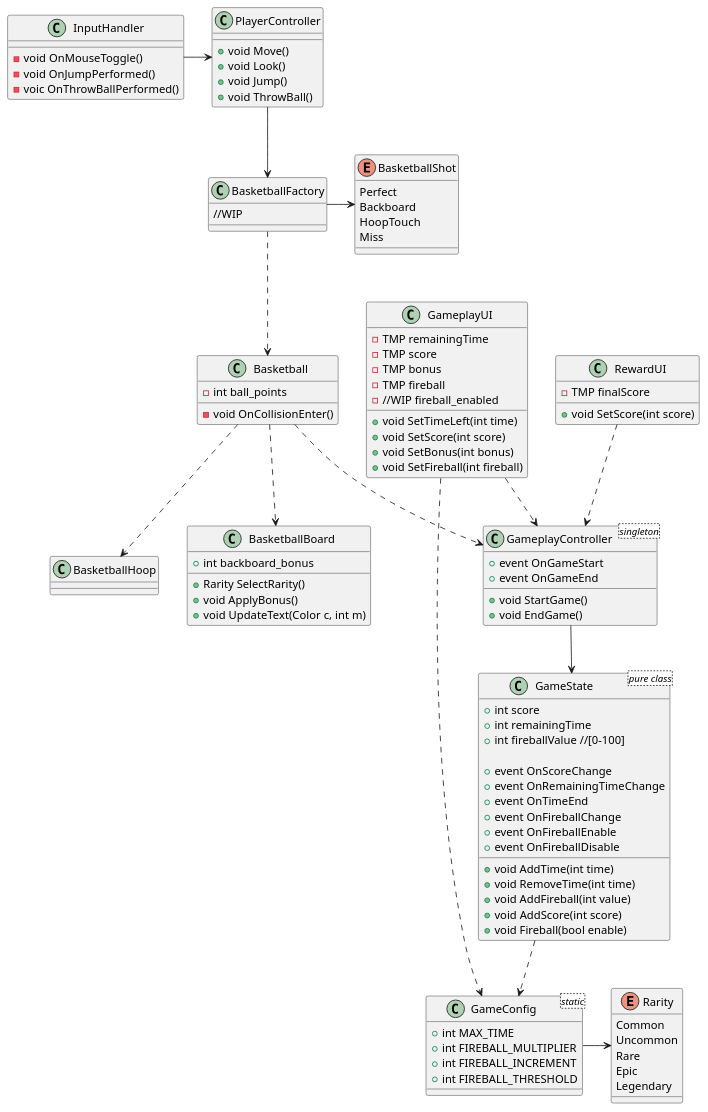
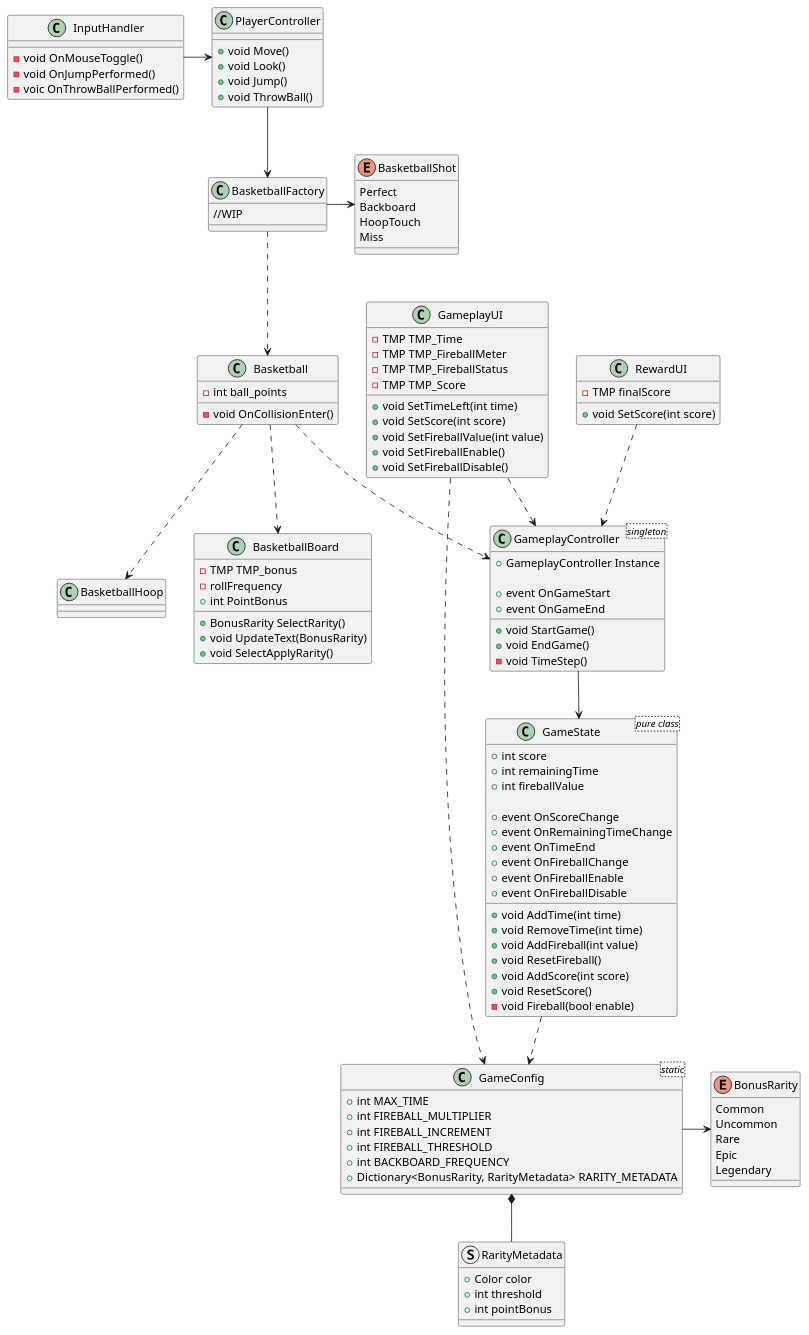
Before and after one commit to ItsAuro/grzegorz.mikulski.basket-challenge: the diagram in Docs/ApplicationDiagram.puml, drawn with PlantUML.

Commit message:
Updated UML accuracy of function names

```diff
--- a/Docs/ApplicationDiagram.puml
+++ b/Docs/ApplicationDiagram.puml
@@ -1,129 +1,145 @@
 'UTILITY AND CONFIG'
 class "GameConfig<static>" as GameConfig{
   + int MAX_TIME
   + int FIREBALL_MULTIPLIER
   + int FIREBALL_INCREMENT
   + int FIREBALL_THRESHOLD
+  + int BACKBOARD_FREQUENCY
+  + Dictionary<BonusRarity, RarityMetadata> RARITY_METADATA
 }
-enum Rarity{
+enum BonusRarity{
   Common
   Uncommon
   Rare
   Epic
   Legendary
 }
+struct RarityMetadata{
+  + Color color
+  + int threshold
+  + int pointBonus
+}
+
 enum BasketballShot{
   Perfect
   Backboard
   HoopTouch
   Miss
 }
 class "GameState<pure class>" as GameState{
   + int score
   + int remainingTime
-  + int fireballValue //[0-100]
+  + int fireballValue
   
   + event OnScoreChange
   + event OnRemainingTimeChange
   + event OnTimeEnd
   + event OnFireballChange
   + event OnFireballEnable
   + event OnFireballDisable
   
   + void AddTime(int time)
   + void RemoveTime(int time)
   + void AddFireball(int value)
+  + void ResetFireball()
   + void AddScore(int score)
-  + void Fireball(bool enable)
+  + void ResetScore()
+  - void Fireball(bool enable)
 }
 class "GameplayController<singleton>" as GameplayController{
-
+  + GameplayController Instance
+  
   + event OnGameStart
   + event OnGameEnd
 
   + void StartGame()
   + void EndGame()
+  - void TimeStep()
   
 }
 
 'PLAYER CLASSES'
 class InputHandler{
   - void OnMouseToggle()
   - void OnJumpPerformed()
   - voic OnThrowBallPerformed()
 }
 class PlayerController{
   + void Move()
   + void Look()
   + void Jump()
   + void ThrowBall()
 }
 
 'UI ELEMENTS'
 class GameplayUI{
-  - TMP remainingTime
-  - TMP score
-  - TMP bonus
-  - TMP fireball
-  - //WIP fireball_enabled
+  - TMP TMP_Time
+  - TMP TMP_FireballMeter
+  - TMP TMP_FireballStatus
+  - TMP TMP_Score
   
   + void SetTimeLeft(int time)
   + void SetScore(int score)
-  + void SetBonus(int bonus)
-  + void SetFireball(int fireball)
+  + void SetFireballValue(int value)
+  + void SetFireballEnable()
+  + void SetFireballDisable()
 }
 class RewardUI{
   - TMP finalScore
   
   + void SetScore(int score)
 }
 
 
 'BASKET RELATED CLASSES'
 class BasketballHoop{
 
 }
 class BasketballBoard{
-  + int backboard_bonus
-  + Rarity SelectRarity()
-  + void ApplyBonus()
-  + void UpdateText(Color c, int m)
+  - TMP TMP_bonus
+  - rollFrequency
+  + int PointBonus
+  
+  + BonusRarity SelectRarity()
+  + void UpdateText(BonusRarity)
+  + void SelectApplyRarity()
 }
 class BasketballFactory{
   //WIP
 }
 class Basketball{
   - int ball_points
   - void OnCollisionEnter() 
 }
 note left of Basketball::OnCollision()
 - Detect hoop collision
 - Detect board collision
 - Detect scored
 end note
 
 
 
 
 
 
 
 
 
 InputHandler -> PlayerController
 PlayerController --> BasketballFactory
 
 GameplayController --> GameState
 GameState ..> GameConfig
-GameConfig -> Rarity
+GameConfig -> BonusRarity
+GameConfig *-- RarityMetadata
 
 GameplayUI ..> GameplayController
 GameplayUI ..> GameConfig
 RewardUI ..> GameplayController
 
 BasketballFactory -> BasketballShot
 BasketballFactory ..> Basketball
 
 Basketball ..> BasketballHoop
 Basketball ..> BasketballBoard
 Basketball ..> GameplayController
```
